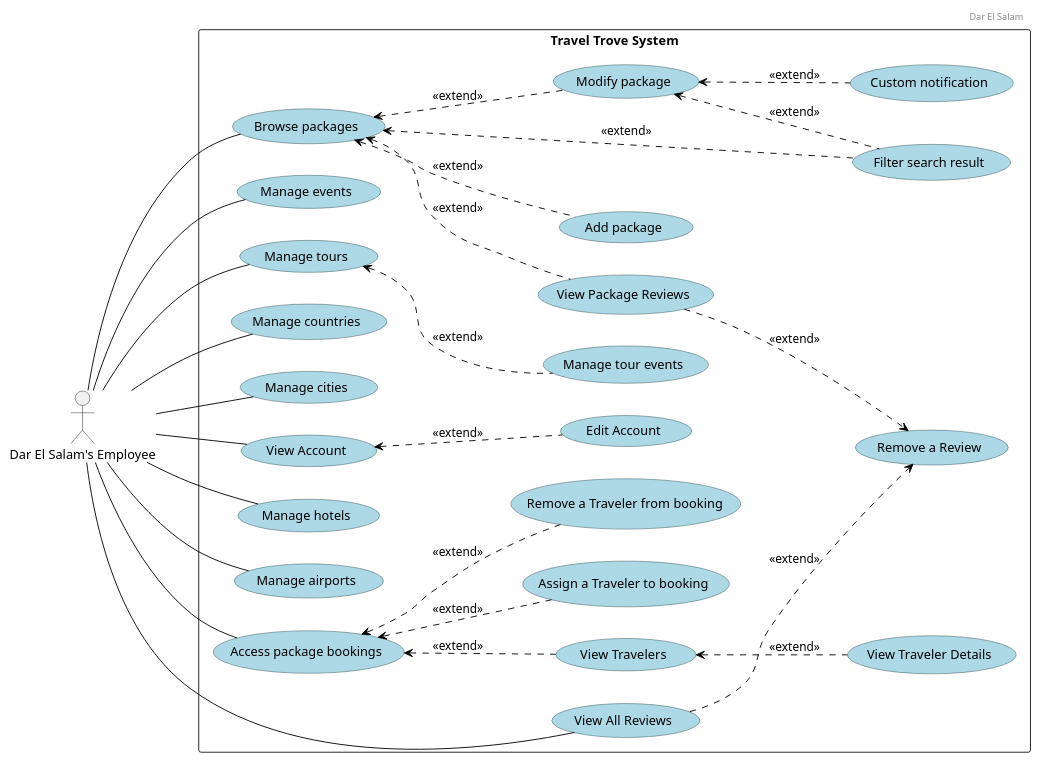
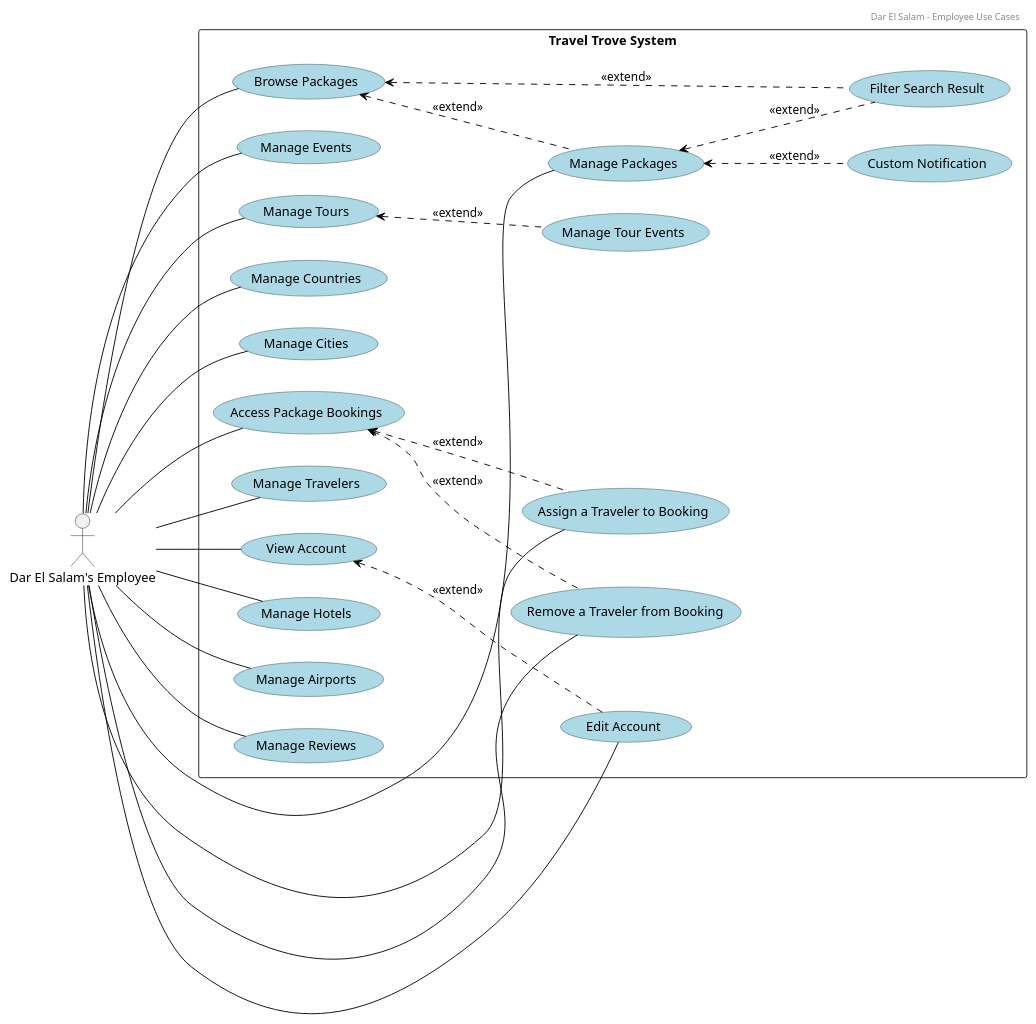
Before and after one commit to Hares-2088/TravelTrove: the diagram in diagrams/use cases/Employee.puml, drawn with PlantUML. The commit also changed 3 other files, not shown here.

Commit message:
some diagrams

```diff
--- a/diagrams/use cases/Employee.puml
+++ b/diagrams/use cases/Employee.puml
@@ -1,71 +1,85 @@
 @startuml
+scale 1
 left to right direction
 
-' Add a header with left alignment
 header
-Dar El Salam
+Dar El Salam - Employee Use Cases
 endheader
 
-' Custom skin parameters for use cases
 skinparam usecase {
     BackgroundColor lightblue
     BorderColor DarkSlateGray
     ArrowColor Black
 }
 
 actor "Dar El Salam's Employee" as Employee
 
 rectangle "Travel Trove System" {
 
-    usecase "Browse packages"
-    usecase "Add package"
-    usecase "Modify package"
-    usecase "Filter search result"
-    usecase "Custom notification"
-    usecase "Manage events"
-    usecase "Manage tours"
-    usecase "Manage countries"
-    usecase "Manage cities"
-    usecase "Manage tour events"
+    ' Package Management
+    usecase "Browse Packages"
+    usecase "Manage Packages"
+    usecase "Filter Search Result"
+    usecase "Custom Notification"
+
+    ' Event & Tour Management
+    usecase "Manage Events"
+    usecase "Manage Tours"
+    usecase "Manage Tour Events"
+
+    ' Location Management
+    usecase "Manage Countries"
+    usecase "Manage Cities"
+
+    ' Booking & Traveler Management
+    usecase "Access Package Bookings"
+    usecase "Assign a Traveler to Booking"
+    usecase "Remove a Traveler from Booking"
+    usecase "Manage Travelers"
+
+    ' Account Management
     usecase "View Account"
     usecase "Edit Account"
-    usecase "Manage hotels"
-    usecase "Manage airports"
 
-    usecase "Access package bookings"
-    usecase "Assign a Traveler to booking"
-    usecase "Remove a Traveler from booking"
-    usecase "View Travelers"
-    usecase "View Traveler Details"
-    
-    usecase "View Package Reviews"
-    usecase "View All Reviews"
-    usecase "Remove a Review"
+    ' Infrastructure Management
+    usecase "Manage Hotels"
+    usecase "Manage Airports"
+
+    ' Review Management
+    usecase "Manage Reviews"
+
 }
-Employee -- "Browse packages"
-Employee -- "Manage events"
-Employee -- "Manage tours"
-Employee -- "Manage countries"
-Employee -- "Manage cities"
+
+' Relationships
+Employee -- "Browse Packages"
+Employee -- "Manage Packages"
+"Browse Packages" <.. "Filter Search Result" : <<extend>>
+"Browse Packages" <.. "Manage Packages" : <<extend>>
+"Manage Packages" <.. "Custom Notification" : <<extend>>
+"Manage Packages" <.. "Filter Search Result" : <<extend>>
+
+Employee -- "Manage Events"
+Employee -- "Manage Tours"
+"Manage Tours" <.. "Manage Tour Events" : <<extend>>
+
+Employee -- "Manage Countries"
+Employee -- "Manage Cities"
+
+Employee -- "Access Package Bookings"
+Employee -- "Assign a Traveler to Booking"
+"Access Package Bookings" <.. "Assign a Traveler to Booking" : <<extend>>
+Employee -- "Remove a Traveler from Booking"
+"Access Package Bookings" <.. "Remove a Traveler from Booking" : <<extend>>
+
+Employee -- "Manage Travelers"
+
 Employee -- "View Account"
-Employee -- "Manage hotels"
-Employee -- "Manage airports"
-Employee -- "Access package bookings"
-Employee -- "View All Reviews"
+Employee -- "Edit Account"
+"View Account" <.. "Edit Account" : <<extend>>
 
-"Browse packages" <.. "Filter search result" : <<extend>>
-"Browse packages" <.. "Add package" : <<extend>>
-"Browse packages" <.. "Modify package" : <<extend>>
-"Browse packages" <.. "View Package Reviews" : <<extend>>
-"Modify package" <.. "Custom notification" : <<extend>>
-"Modify package" <.. "Filter search result" : <<extend>>
-"Manage tours" <.. "Manage tour events" : <<extend>>
-"View Account" <.. "Edit Account" : <<extend>>
-"Access package bookings" <.. "Assign a Traveler to booking" : <<extend>>
-"Access package bookings" <.. "Remove a Traveler from booking" : <<extend>>
-"Access package bookings" <.. "View Travelers" : <<extend>>
-"View Travelers" <.. "View Traveler Details" : <<extend>>
-"View All Reviews" ..> "Remove a Review" : <<extend>>
-"View Package Reviews" ..> "Remove a Review" : <<extend>>
+Employee -- "Manage Hotels"
+Employee -- "Manage Airports"
+
+Employee -- "Manage Reviews"
 
 @enduml
```
